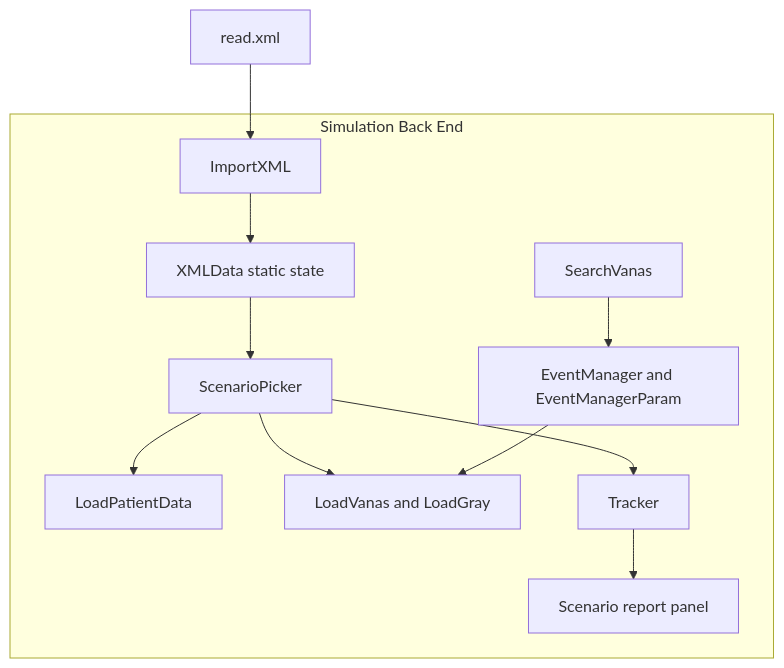
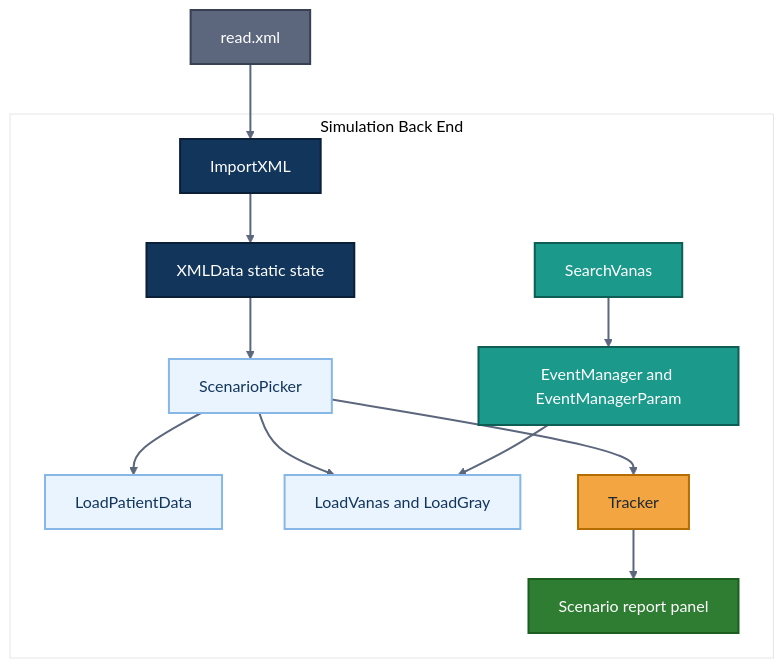
The fourth of 10 diagrams in README.md (djdcybersecurity/vr-healthcare-simulator), drawn with Mermaid before and after one commit. The commit also changed other lines of this file, not shown here.

Commit message:
Improve README Mermaid diagrams

````diff
--- a/README.md
+++ b/README.md
@@ -233,24 +275,40 @@
 ```mermaid
+%%{init: {'theme': 'base', 'themeVariables': { 'primaryColor': '#EAF4FF', 'primaryTextColor': '#1F2933', 'primaryBorderColor': '#1B998B', 'lineColor': '#5C677D', 'secondaryColor': '#F7FBFF', 'tertiaryColor': '#FFFFFF', 'fontFamily': 'Arial'}}}%%
 flowchart TB
     subgraph backend [Simulation Back End]
         importer["ImportXML"]
         store["XMLData static state"]
         picker["ScenarioPicker"]
         patientLoader["LoadPatientData"]
         vanasLoader["LoadVanas and LoadGray"]
         search["SearchVanas"]
         events["EventManager and EventManagerParam"]
         tracker["Tracker"]
         report["Scenario report panel"]
     end
 
     xml["read.xml"] --> importer
     importer --> store
     store --> picker
     picker --> patientLoader
     picker --> vanasLoader
     picker --> tracker
     search --> events
     events --> vanasLoader
     tracker --> report
+
+    class xml dataClass;
+    class importer,store logicClass;
+    class picker,patientLoader,vanasLoader flowClass;
+    class search,events inputClass;
+    class tracker alertClass;
+    class report successClass;
+
+    classDef dataClass fill:#5C677D,color:#FFFFFF,stroke:#374151,stroke-width:2px;
+    classDef logicClass fill:#12355B,color:#FFFFFF,stroke:#0B2038,stroke-width:2px;
+    classDef flowClass fill:#EAF4FF,color:#12355B,stroke:#86B7E7,stroke-width:2px;
+    classDef inputClass fill:#1B998B,color:#FFFFFF,stroke:#0E5E55,stroke-width:2px;
+    classDef alertClass fill:#F2A541,color:#1F2933,stroke:#B66D00,stroke-width:2px;
+    classDef successClass fill:#2E7D32,color:#FFFFFF,stroke:#1B5E20,stroke-width:2px;
+    linkStyle default stroke:#5C677D,stroke-width:2px;
 ```
````
